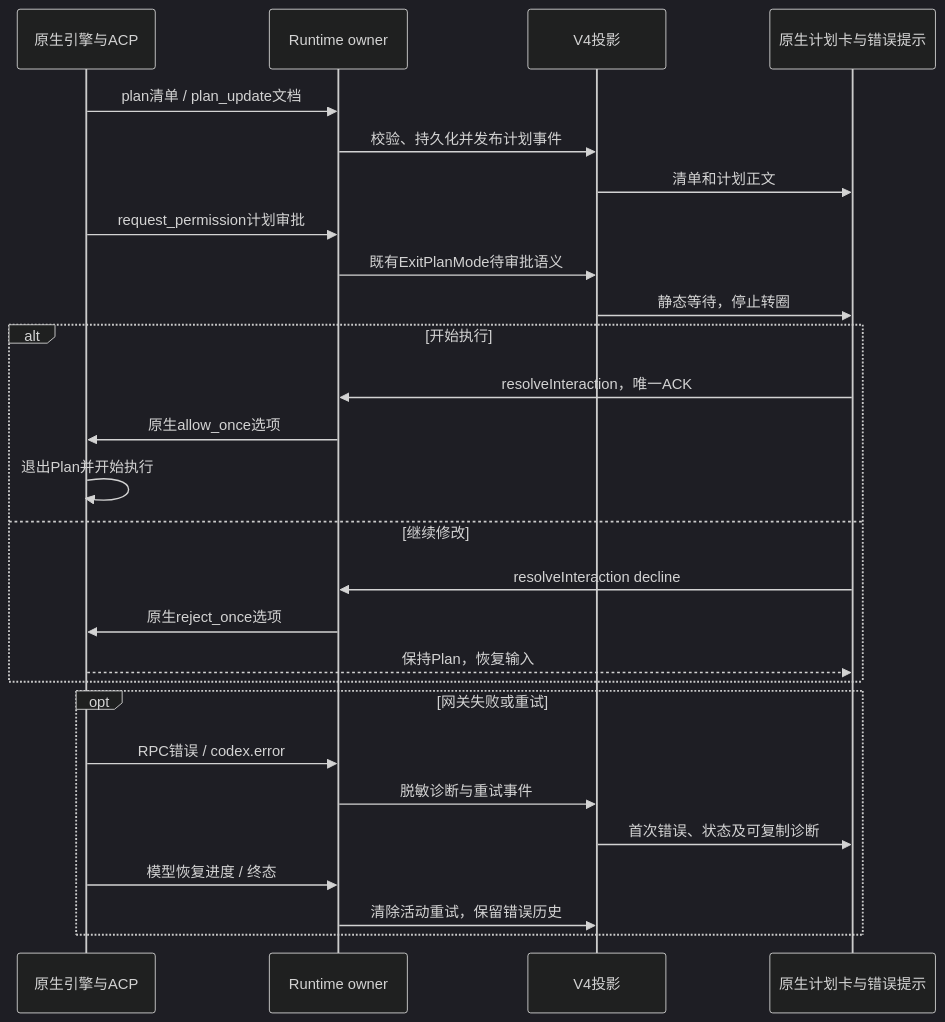
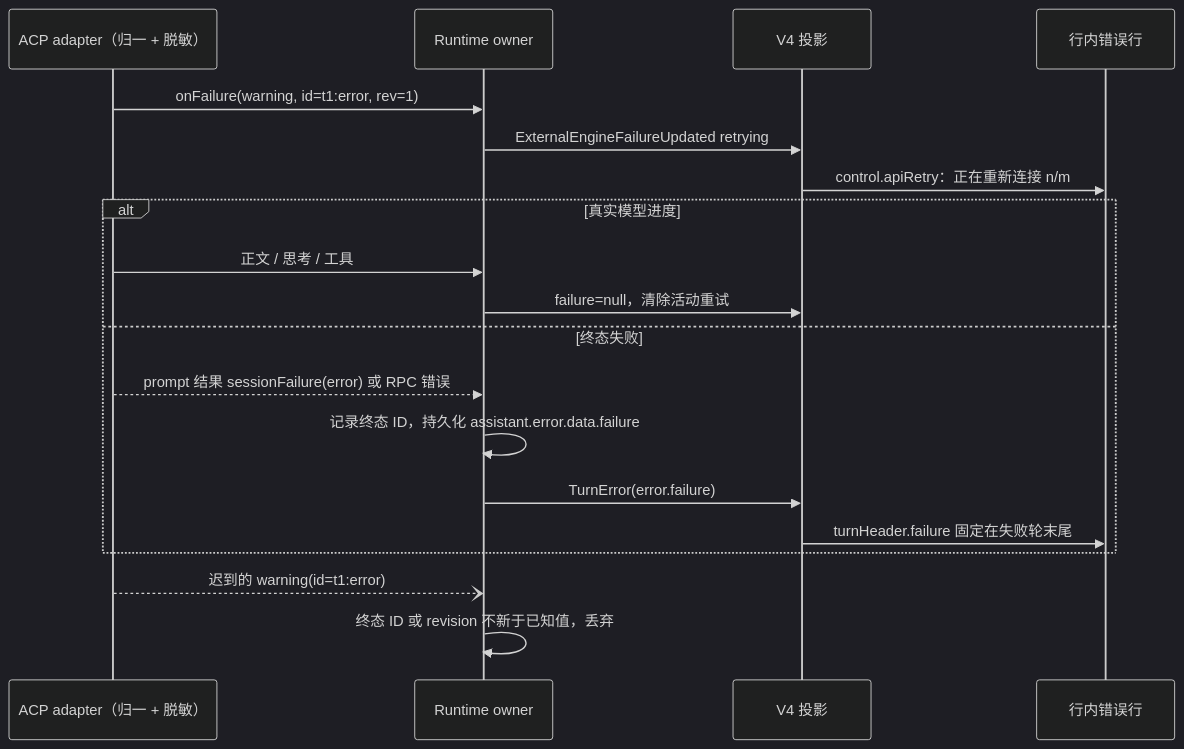
One commit to OpenX123/ZCode changed the diagram in docs/desktop/native-plan-errors-spec.md. Above: the diagram before and after it, drawn with Mermaid (dark theme). The commit also changed other lines of this file and 2 other files, not shown here.

````diff
--- a/docs/desktop/native-plan-errors-spec.md
+++ b/docs/desktop/native-plan-errors-spec.md
@@ -15,29 +51,21 @@
 ```mermaid
 sequenceDiagram
-  participant E as 原生引擎与ACP
+  participant A as ACP adapter（归一 + 脱敏）
   participant R as Runtime owner
-  participant V as V4投影
-  participant U as 原生计划卡与错误提示
-  E->>R: plan清单 / plan_update文档
-  R->>V: 校验、持久化并发布计划事件
-  V->>U: 清单和计划正文
-  E->>R: request_permission计划审批
-  R->>V: 既有ExitPlanMode待审批语义
-  V->>U: 静态等待，停止转圈
-  alt 开始执行
-    U->>R: resolveInteraction，唯一ACK
-    R->>E: 原生allow_once选项
-    E->>E: 退出Plan并开始执行
-  else 继续修改
-    U->>R: resolveInteraction decline
-    R->>E: 原生reject_once选项
-    E-->>U: 保持Plan，恢复输入
+  participant V as V4 投影
+  participant U as 行内错误行
+  A->>R: onFailure(warning, id=t1:error, rev=1)
+  R->>V: ExternalEngineFailureUpdated retrying
+  V->>U: control.apiRetry：正在重新连接 n/m
+  alt 真实模型进度
+    A->>R: 正文 / 思考 / 工具
+    R->>V: failure=null，清除活动重试
+  else 终态失败
+    A-->>R: prompt 结果 sessionFailure(error) 或 RPC 错误
+    R->>R: 记录终态 ID，持久化 assistant.error.data.failure
+    R->>V: TurnError(error.failure)
+    V->>U: turnHeader.failure 固定在失败轮末尾
   end
-  opt 网关失败或重试
-    E->>R: RPC错误 / codex.error
-    R->>V: 脱敏诊断与重试事件
-    V->>U: 首次错误、状态及可复制诊断
-    E->>R: 模型恢复进度 / 终态
-    R->>V: 清除活动重试，保留错误历史
-  end
+  A--)R: 迟到的 warning(id=t1:error)
+  R->>R: 终态 ID 或 revision 不新于已知值，丢弃
 ```
````
